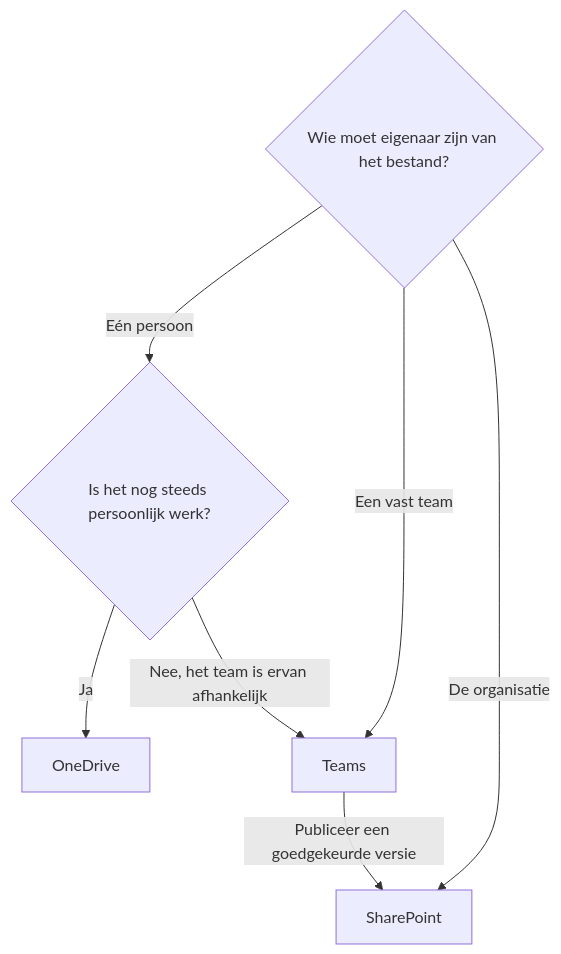
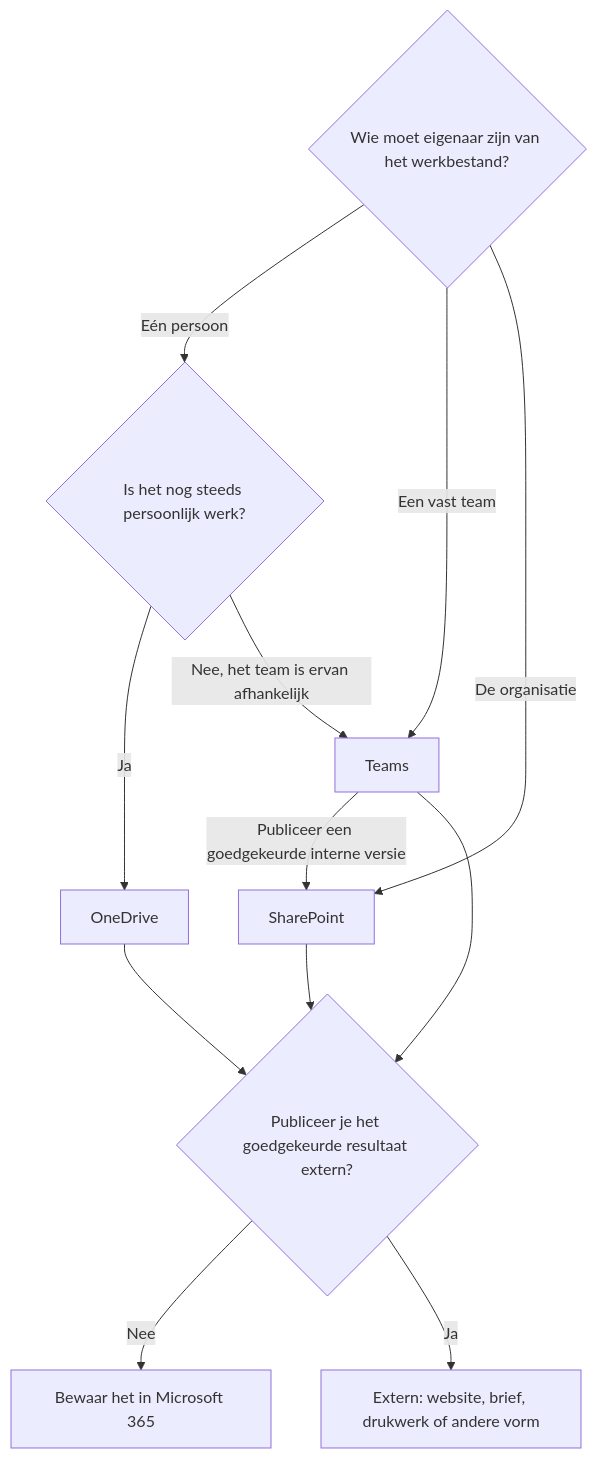
Before and after one commit to DwayneSelsig/M365wizard: the diagram in i18n/nl/docusaurus-plugin-content-docs/current/decisions/where-should-this-file-live.md, drawn with Mermaid. The commit also changed other lines of this file and 1 other file, not shown here.

Commit message:
Add external publication decision

````diff
--- a/i18n/nl/docusaurus-plugin-content-docs/current/decisions/where-should-this-file-live.md
+++ b/i18n/nl/docusaurus-plugin-content-docs/current/decisions/where-should-this-file-live.md
@@ -22,11 +22,17 @@
 ```mermaid
 flowchart TD
-    Start{Wie moet eigenaar zijn van het bestand?}
+    Start{Wie moet eigenaar zijn van het werkbestand?}
     Start -->|Eén persoon| Personal{Is het nog steeds persoonlijk werk?}
     Start -->|Een vast team| Teams[Teams]
     Start -->|De organisatie| SharePoint[SharePoint]
 
     Personal -->|Ja| OneDrive[OneDrive]
     Personal -->|Nee, het team is ervan afhankelijk| Teams
-    Teams -->|Publiceer een goedgekeurde versie| SharePoint
+    Teams -->|Publiceer een goedgekeurde interne versie| SharePoint
+
+    OneDrive --> Publish{Publiceer je het goedgekeurde resultaat extern?}
+    Teams --> Publish
+    SharePoint --> Publish
+    Publish -->|Nee| Keep[Bewaar het in Microsoft 365]
+    Publish -->|Ja| External[Extern: website, brief, drukwerk of andere vorm]
 ```
````
